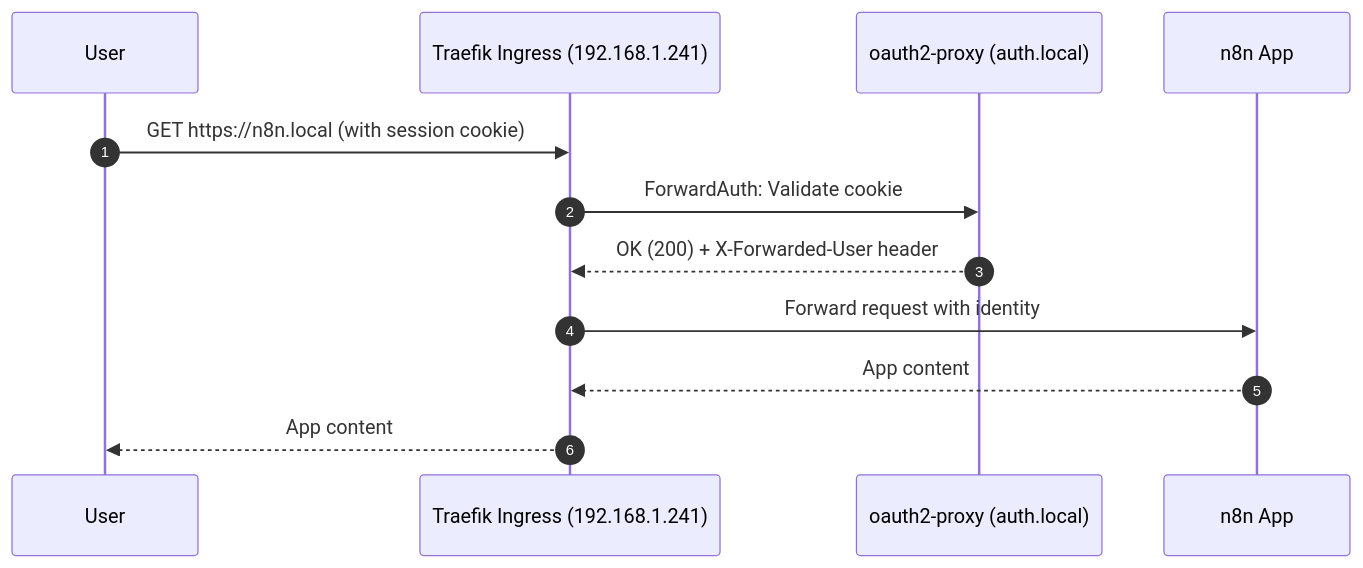
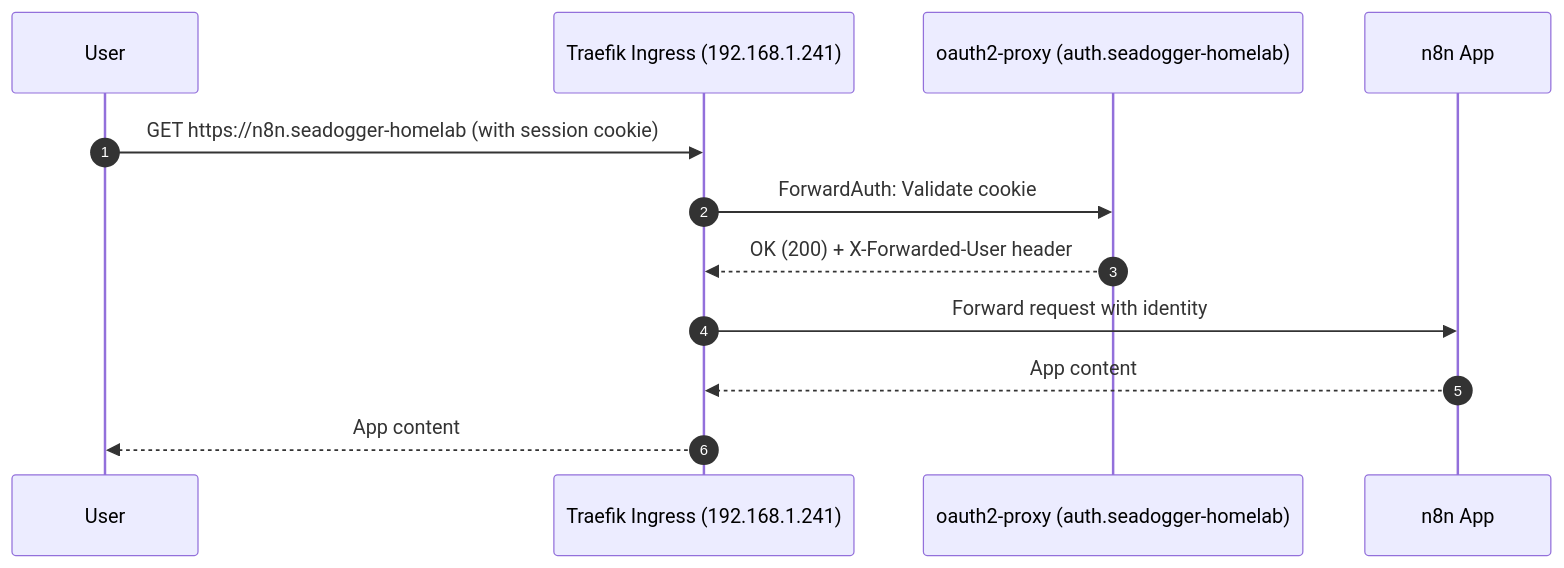
One commit to seadogger-tech/seadogger-homelab changed the seventh of 8 diagrams in docs/wiki/08-Security-and-Certificates.md. Above: the diagram before and after it, drawn with Mermaid. The commit also changed other lines of this file and 15 other files, not shown here.

````diff
--- a/docs/wiki/08-Security-and-Certificates.md
+++ b/docs/wiki/08-Security-and-Certificates.md
@@ -279,15 +320,15 @@
 ```mermaid
 sequenceDiagram
     autonumber
     participant User
     participant Traefik as Traefik Ingress (192.168.1.241)
-    participant OAuth2Proxy as oauth2-proxy (auth.local)
+    participant OAuth2Proxy as oauth2-proxy (auth.seadogger-homelab)
     participant N8N as n8n App
 
-    User->>Traefik: GET https://n8n.local (with session cookie)
+    User->>Traefik: GET https://n8n.seadogger-homelab (with session cookie)
     Traefik->>OAuth2Proxy: ForwardAuth: Validate cookie
     OAuth2Proxy-->>Traefik: OK (200) + X-Forwarded-User header
     Traefik->>N8N: Forward request with identity
     N8N-->>Traefik: App content
     Traefik-->>User: App content
 ```
````
